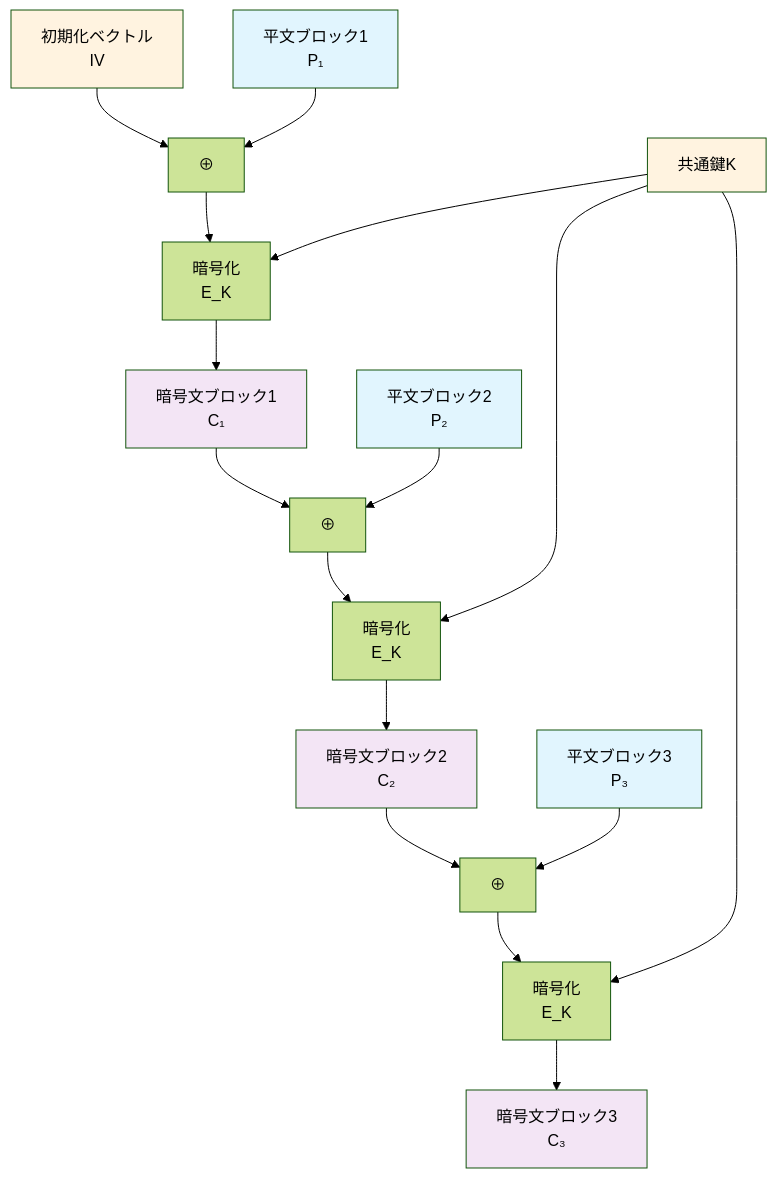
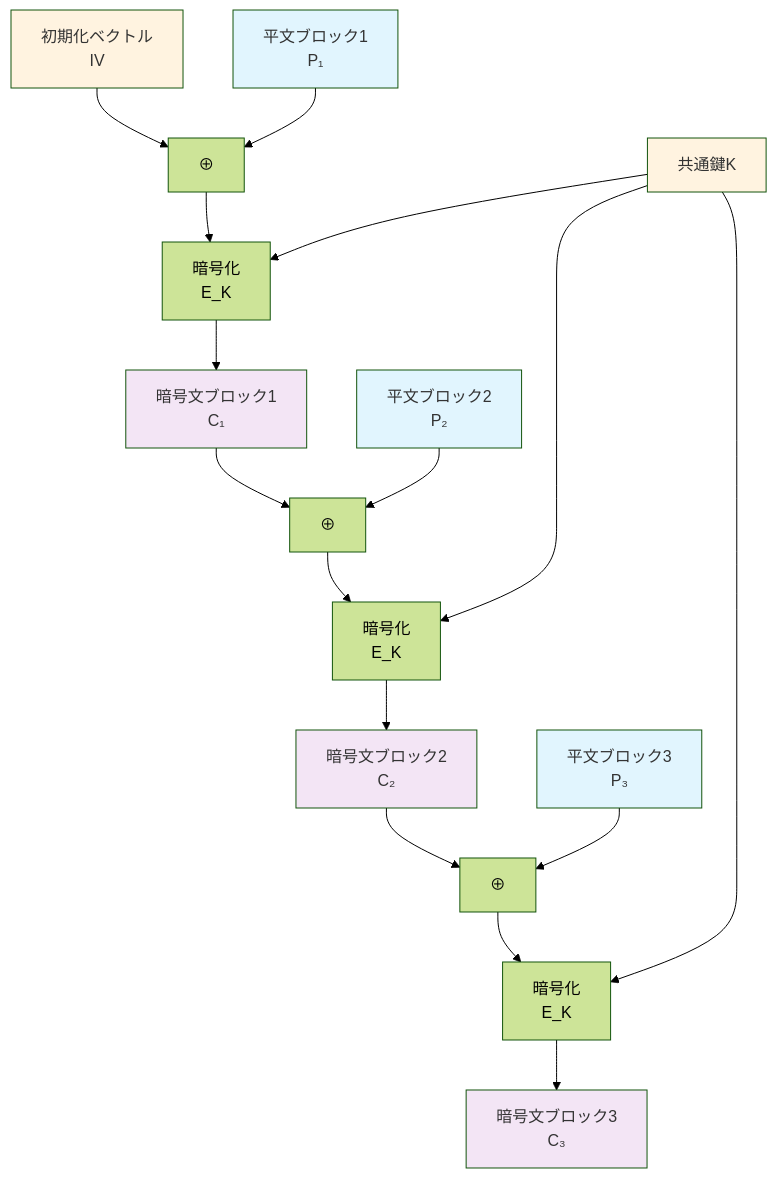
The fourth of 10 diagrams in articles/第2回/article.md (naokirin/learning_contemporary_cryptography), drawn with Mermaid (forest theme) before and after one commit. The commit also changed other lines of this file and 4 other files, not shown here.

````diff
--- a/articles/第2回/article.md
+++ b/articles/第2回/article.md
@@ -864,30 +866,30 @@
 ```mermaid
 flowchart TD
     IV[初期化ベクトル<br/>IV] --> XOR1[⊕]
     P1[平文ブロック1<br/>P₁] --> XOR1
     XOR1 --> E1[暗号化<br/>E_K]
     E1 --> C1[暗号文ブロック1<br/>C₁]
     
     C1 --> XOR2[⊕]
     P2[平文ブロック2<br/>P₂] --> XOR2
     XOR2 --> E2[暗号化<br/>E_K]
     E2 --> C2[暗号文ブロック2<br/>C₂]
     
     C2 --> XOR3[⊕]
     P3[平文ブロック3<br/>P₃] --> XOR3
     XOR3 --> E3[暗号化<br/>E_K]
     E3 --> C3[暗号文ブロック3<br/>C₃]
     
     K[共通鍵K] --> E1
     K --> E2
     K --> E3
     
-    style P1 fill:#e1f5fe
-    style P2 fill:#e1f5fe
-    style P3 fill:#e1f5fe
-    style C1 fill:#f3e5f5
-    style C2 fill:#f3e5f5
-    style C3 fill:#f3e5f5
-    style IV fill:#fff3e0
-    style K fill:#fff3e0
+    style P1 fill:#e1f5fe, color:#333
+    style P2 fill:#e1f5fe, color:#333
+    style P3 fill:#e1f5fe, color:#333
+    style C1 fill:#f3e5f5, color:#333
+    style C2 fill:#f3e5f5, color:#333
+    style C3 fill:#f3e5f5, color:#333
+    style IV fill:#fff3e0, color:#333
+    style K fill:#fff3e0, color:#333
 ```
````
